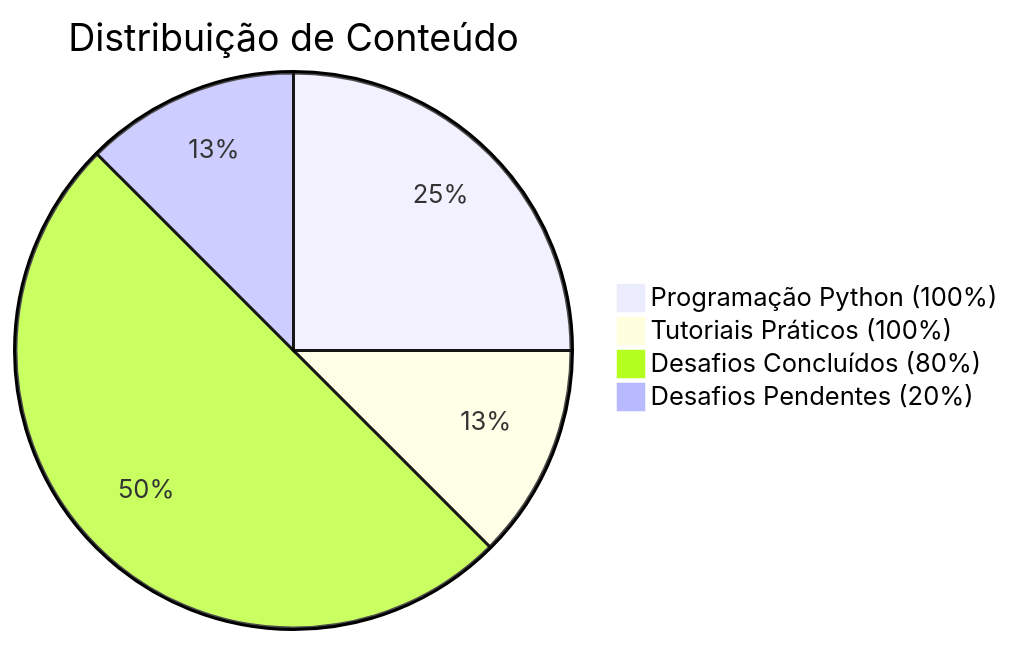
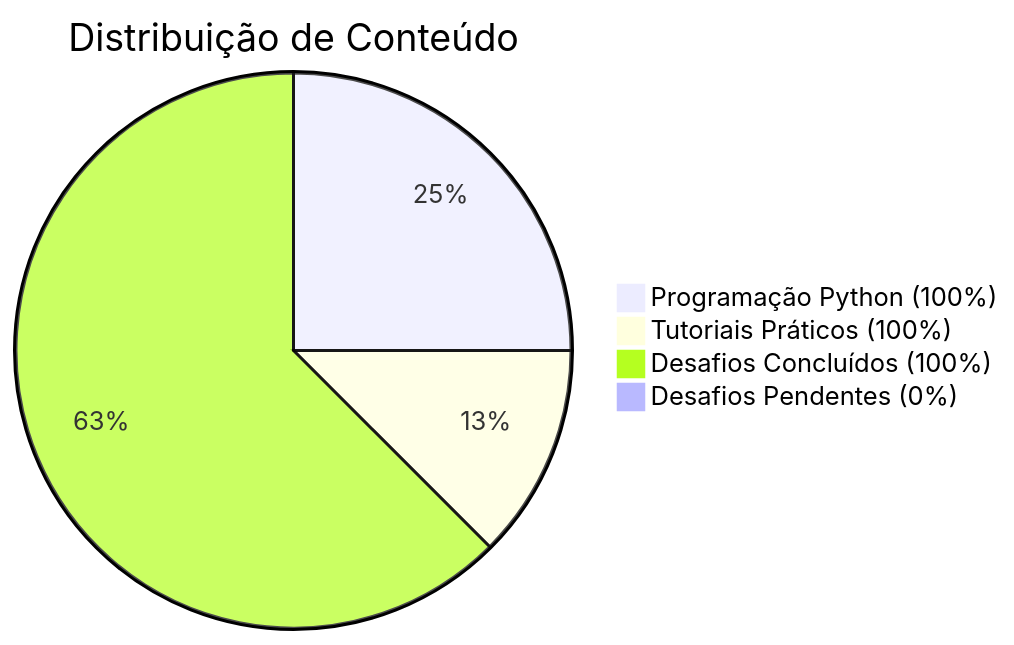
The diagram in README.md (ThiagoMaria-SecurityIT/Bootcamp_DIO_e_Santander-Ciberseguran-a_2025), drawn with Mermaid before and after one commit. The commit also changed other lines of this file, not shown here.

````diff
--- a/README.md
+++ b/README.md
@@ -37,7 +37,7 @@
 ```mermaid
   pie title Distribuição de Conteúdo
     "Programação Python (100%)" : 2
     "Tutoriais Práticos (100%)" : 1
-    "Desafios Concluídos (80%)" : 4
-    "Desafios Pendentes (20%)" : 1
+    "Desafios Concluídos (100%)" : 5
+    "Desafios Pendentes (0%)" : 0
 ```
````
